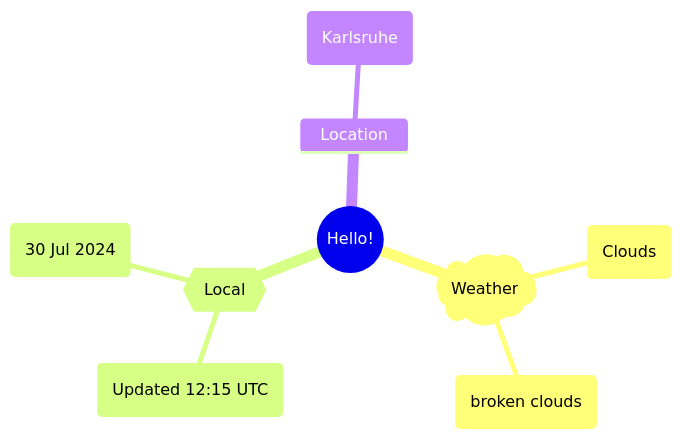
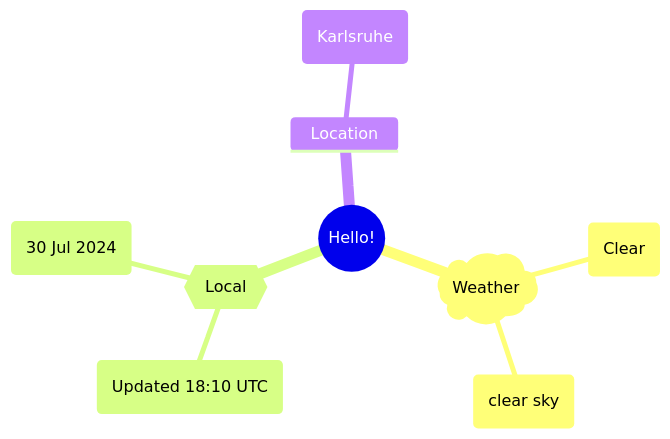
The first of 2 diagrams in README.md (Xosrov/Xosrov), drawn with Mermaid before and after one commit.

Commit message:
[bot] updated images

````diff
--- a/README.md
+++ b/README.md
@@ -3,12 +3,12 @@
 ```mermaid
 mindmap
   root((Hello!))
     )Weather(
-        (Clouds)
-        (broken clouds)
+        (Clear)
+        (clear sky)
     {{Local}}
-        (Updated 12:15 UTC)
+        (Updated 18:10 UTC)
         (30 Jul 2024)
     Location
         (Karlsruhe)
 ```
````
